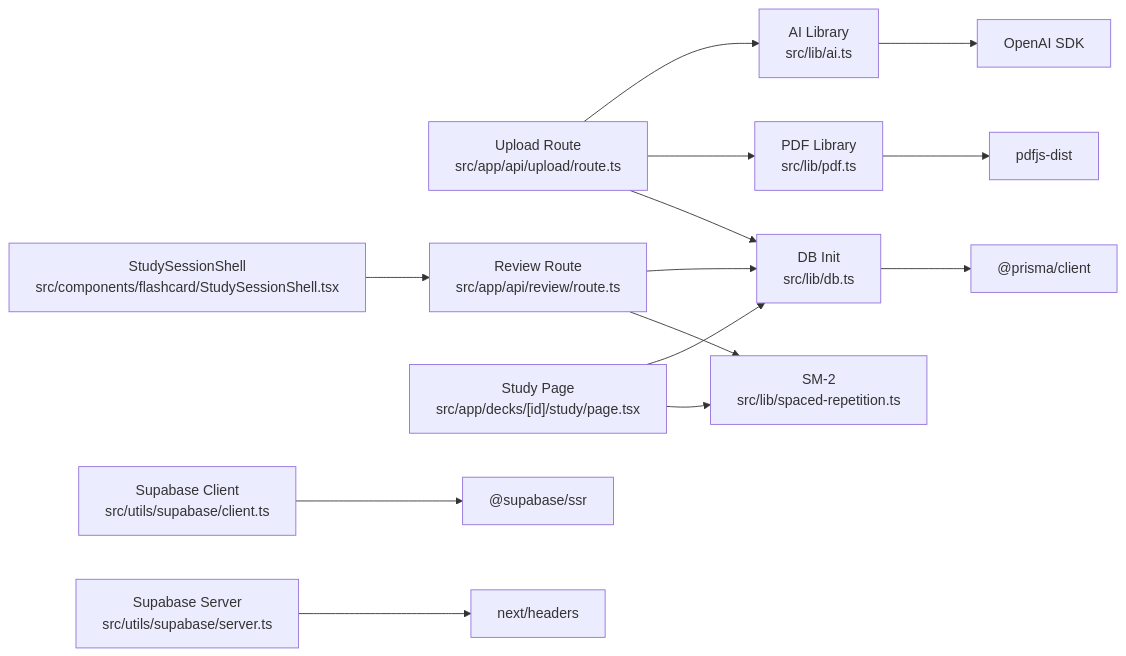
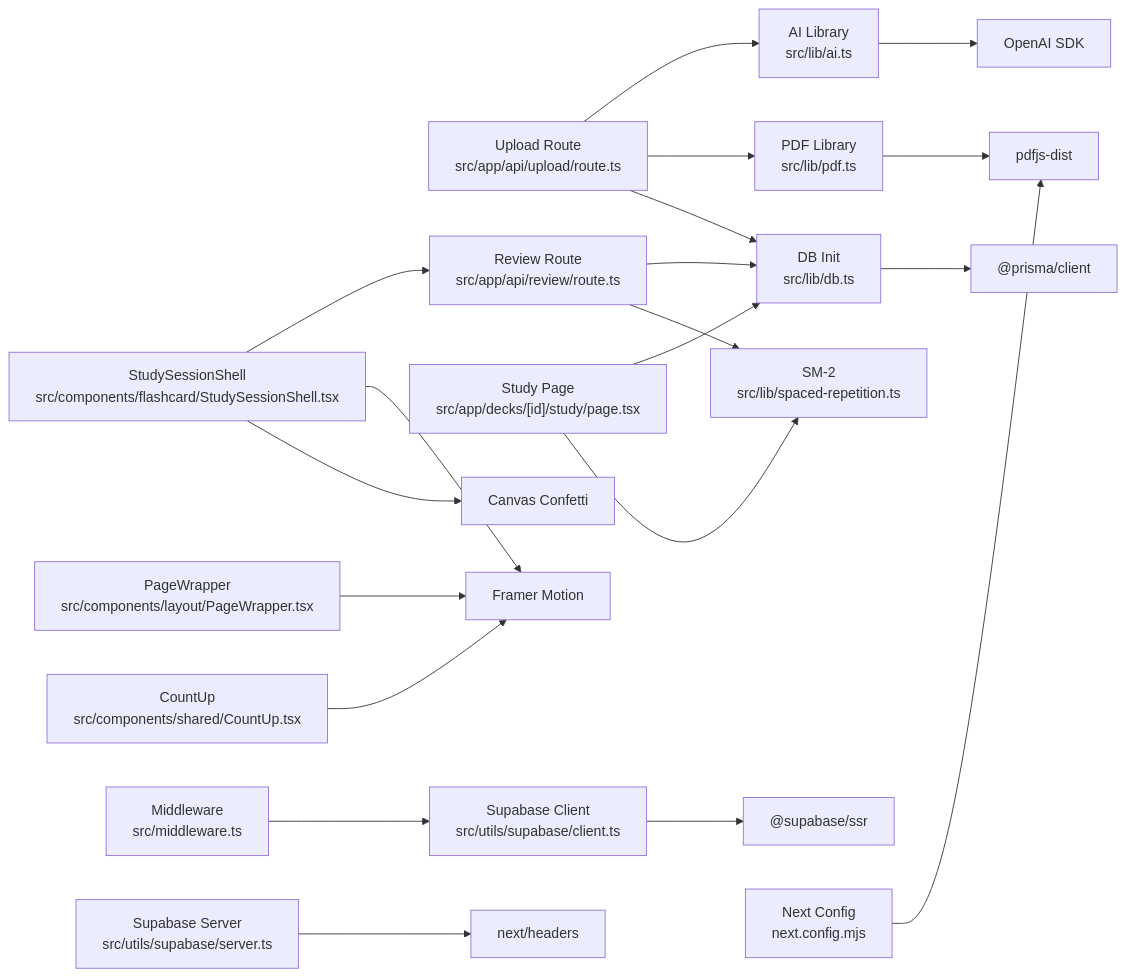
The third of 3 diagrams in .qoder/repowiki/en/content/Advanced Topics/Troubleshooting and Debugging.md (nitish-niraj/cumathassignment), drawn with Mermaid before and after one commit. The commit also changed other lines of this file and 6 other files, not shown here.

````diff
--- a/.qoder/repowiki/en/content/Advanced Topics/Troubleshooting and Debugging.md
+++ b/.qoder/repowiki/en/content/Advanced Topics/Troubleshooting and Debugging.md
@@ -334,16 +405,22 @@
 ```mermaid
 graph LR
 AI["AI Library<br/>src/lib/ai.ts"] --> OA["OpenAI SDK"]
 PDF["PDF Library<br/>src/lib/pdf.ts"] --> PJSD["pdfjs-dist"]
 DB["DB Init<br/>src/lib/db.ts"] --> PRISMA["@prisma/client"]
 Upload["Upload Route<br/>src/app/api/upload/route.ts"] --> AI
 Upload --> PDF
 Upload --> DB
 Review["Review Route<br/>src/app/api/review/route.ts"] --> DB
 Review --> SR["SM-2<br/>src/lib/spaced-repetition.ts"]
 StudyPage["Study Page<br/>src/app/decks/[id]/study/page.tsx"] --> DB
 StudyPage --> SR
 StudyShell["StudySessionShell<br/>src/components/flashcard/StudySessionShell.tsx"] --> Review
+StudyShell --> FM["Framer Motion"]
+StudyShell --> CC["Canvas Confetti"]
+PageWrapper["PageWrapper<br/>src/components/layout/PageWrapper.tsx"] --> FM
+CountUp["CountUp<br/>src/components/shared/CountUp.tsx"] --> FM
 SupabaseC["Supabase Client<br/>src/utils/supabase/client.ts"] --> NextSSR["@supabase/ssr"]
 SupabaseS["Supabase Server<br/>src/utils/supabase/server.ts"] --> NextHeaders["next/headers"]
+MW["Middleware<br/>src/middleware.ts"] --> SupabaseC
+PDFConfig["Next Config<br/>next.config.mjs"] --> PJSD
 ```
````
